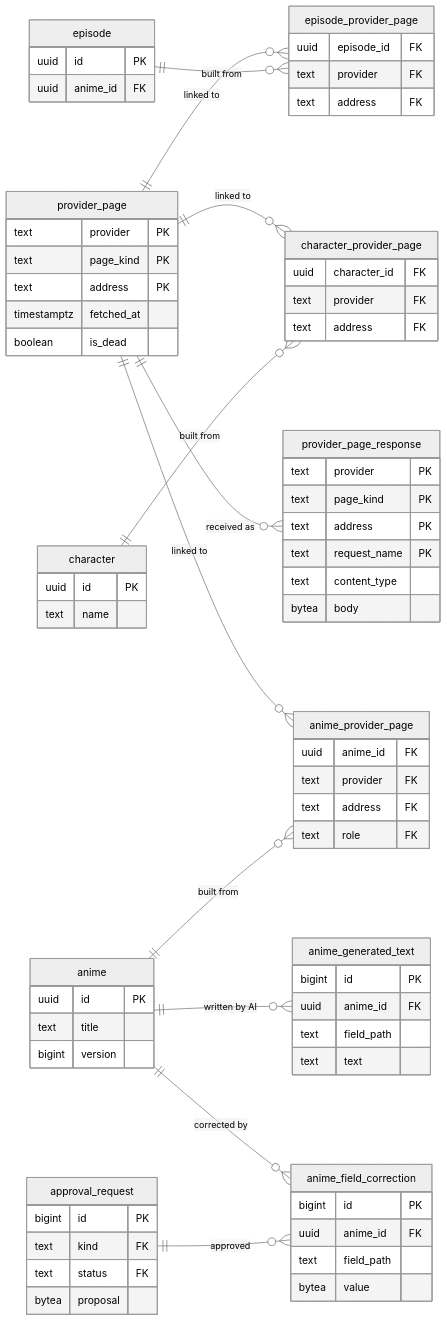
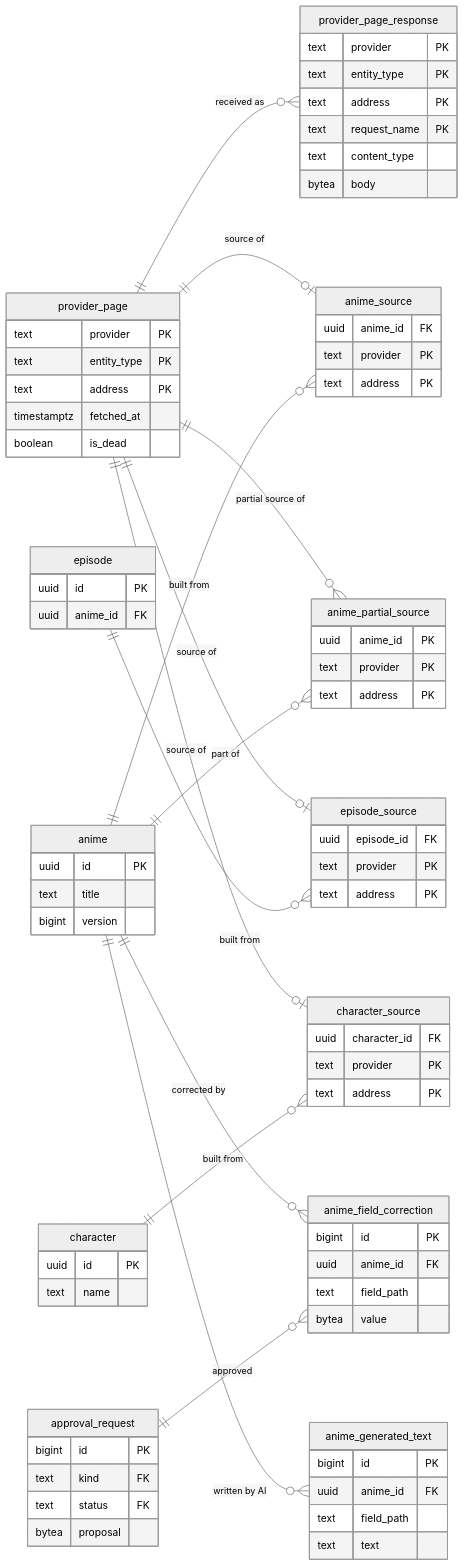
Before and after one commit to adnanaq/echora: the first of 8 diagrams in docs/architecture/Database Schema.md, drawn with Mermaid (neutral theme). The commit also changed other lines of this file and 265 other files, not shown here.

```diff
--- a/docs/architecture/Database Schema.md
+++ b/docs/architecture/Database Schema.md
@@ -49,46 +50,52 @@
 erDiagram
   direction LR
   provider_page ||--o{ provider_page_response : "received as"
-  provider_page ||--o{ anime_provider_page : "linked to"
-  provider_page ||--o{ episode_provider_page : "linked to"
-  provider_page ||--o{ character_provider_page : "linked to"
-  anime ||--o{ anime_provider_page : "built from"
-  episode ||--o{ episode_provider_page : "built from"
-  character ||--o{ character_provider_page : "built from"
+  provider_page ||--o| anime_source : "source of"
+  provider_page ||--o{ anime_partial_source : "partial source of"
+  provider_page ||--o| episode_source : "source of"
+  provider_page ||--o| character_source : "source of"
+  anime ||--o{ anime_source : "built from"
+  anime ||--o{ anime_partial_source : "part of"
+  episode ||--o{ episode_source : "built from"
+  character ||--o{ character_source : "built from"
   anime ||--o{ anime_field_correction : "corrected by"
   anime ||--o{ anime_generated_text : "written by AI"
   approval_request ||--o{ anime_field_correction : "approved"
 
   provider_page {
     text provider PK
-    text page_kind PK
+    text entity_type PK
     text address PK
     timestamptz fetched_at
     boolean is_dead
   }
   provider_page_response {
     text provider PK
-    text page_kind PK
+    text entity_type PK
     text address PK
     text request_name PK
     text content_type
     bytea body
   }
-  anime_provider_page {
+  anime_source {
     uuid anime_id FK
-    text provider FK
-    text address FK
-    text role FK
+    text provider PK
+    text address PK
   }
-  episode_provider_page {
+  anime_partial_source {
+    uuid anime_id PK
+    text provider PK
+    text address PK
+  }
+  episode_source {
     uuid episode_id FK
-    text provider FK
-    text address FK
+    text provider PK
+    text address PK
   }
-  character_provider_page {
+  character_source {
     uuid character_id FK
-    text provider FK
-    text address FK
+    text provider PK
+    text address PK
   }
   anime {
     uuid id PK
```
